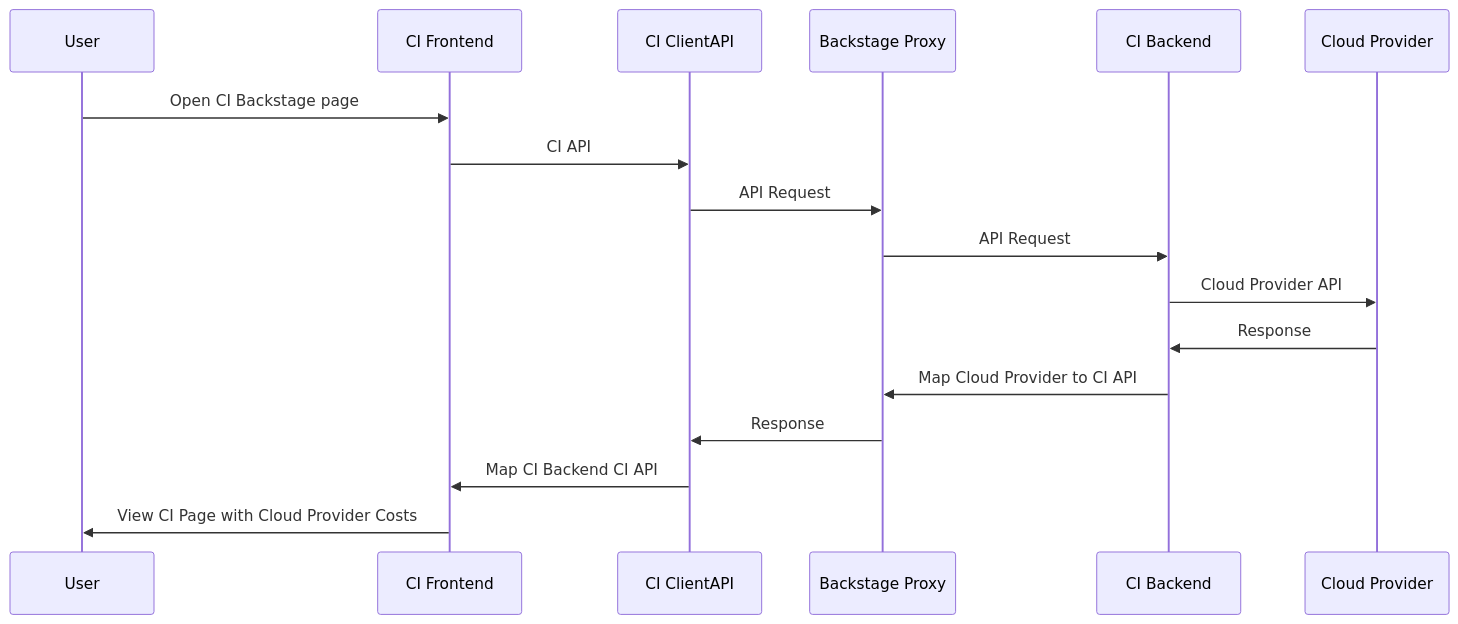
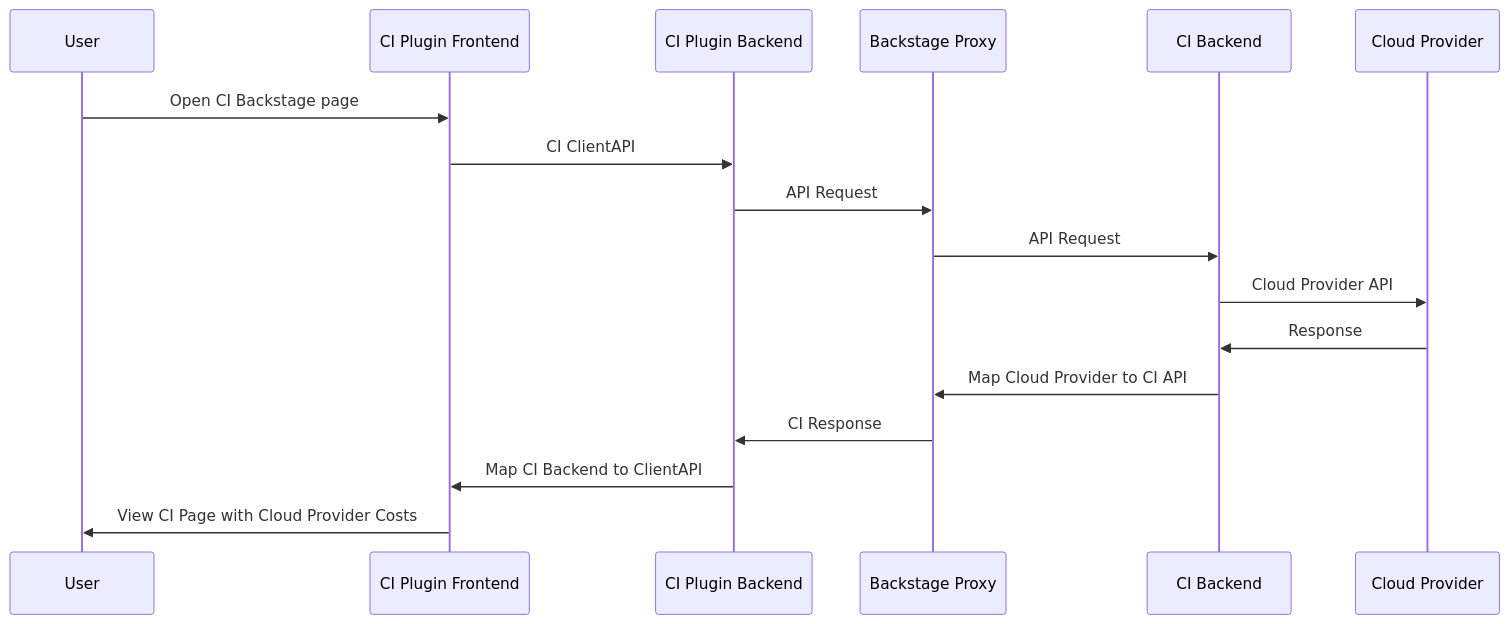
Before and after one commit to seizadi/cost-insights-backend: the second of 2 diagrams in docs/index.md, drawn with Mermaid.

````diff
--- a/docs/index.md
+++ b/docs/index.md
@@ -58,13 +58,13 @@
 ```mermaid
 sequenceDiagram
-    User->>CI Frontend: Open CI Backstage page
-    CI Frontend->>CI ClientAPI: CI API
-    CI ClientAPI->>Backstage Proxy: API Request
+    User->>CI Plugin Frontend: Open CI Backstage page
+    CI Plugin Frontend->>CI Plugin Backend: CI ClientAPI
+    CI Plugin Backend->>Backstage Proxy: API Request
     Backstage Proxy->>CI Backend: API Request
     CI Backend->>Cloud Provider: Cloud Provider API
     Cloud Provider->>CI Backend: Response
     CI Backend->>Backstage Proxy: Map Cloud Provider to CI API
-    Backstage Proxy->>CI ClientAPI: Response
-    CI ClientAPI->>CI Frontend: Map CI Backend CI API
-    CI Frontend->>User: View CI Page with Cloud Provider Costs
+    Backstage Proxy->>CI Plugin Backend: CI Response
+    CI Plugin Backend->>CI Plugin Frontend: Map CI Backend to ClientAPI
+    CI Plugin Frontend->>User: View CI Page with Cloud Provider Costs
 ```
````
